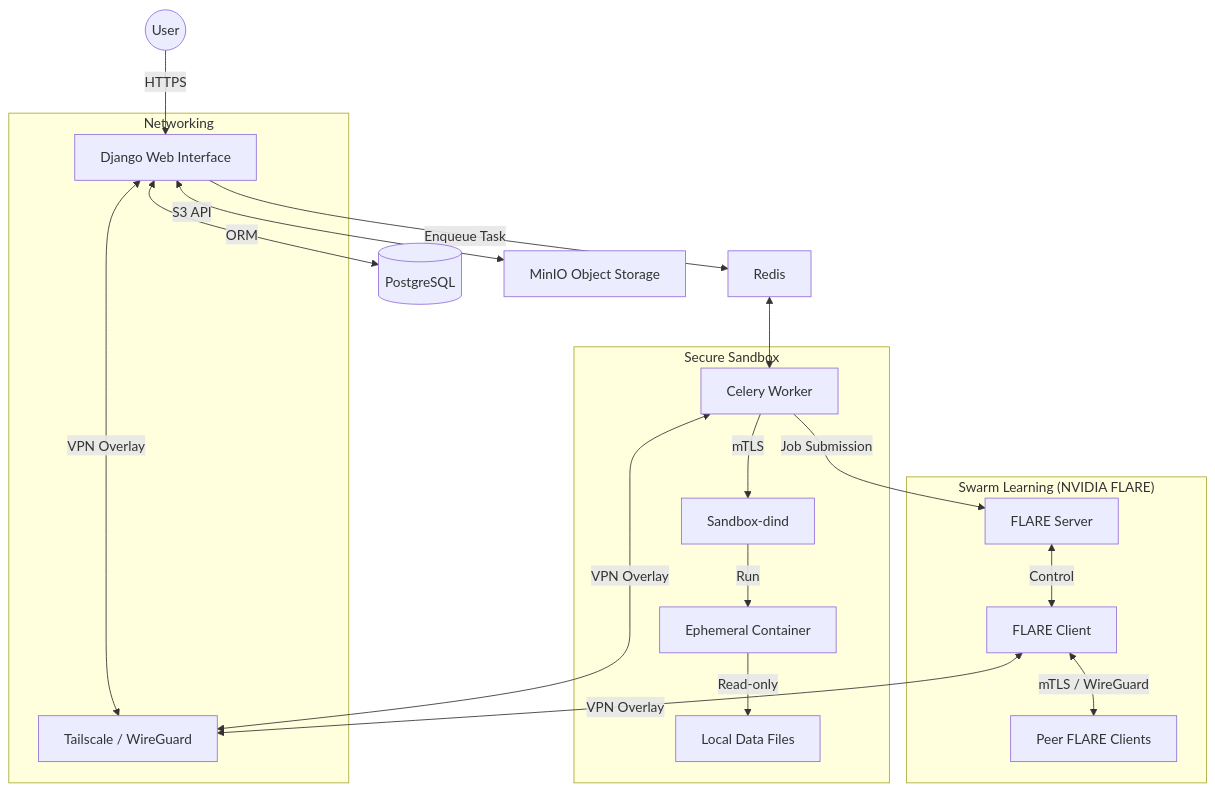
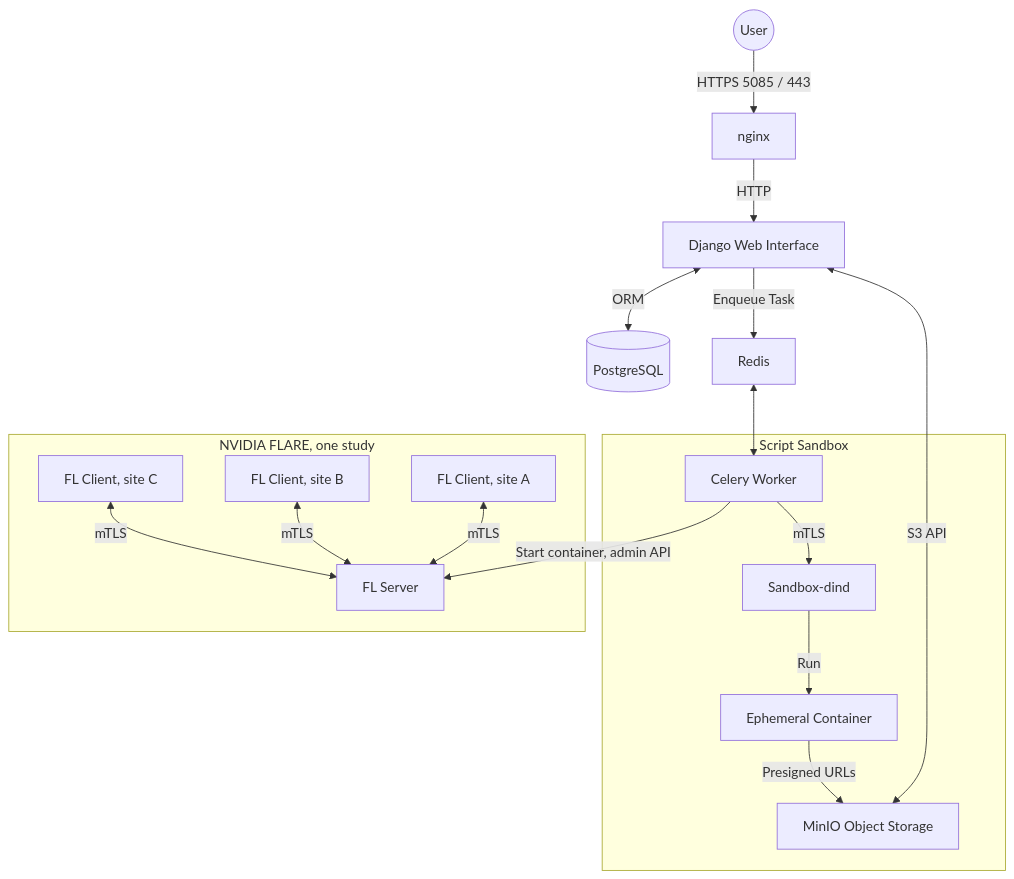
The second of 3 diagrams in docs/background.md (KatherLab/SwarmMed), drawn with Mermaid before and after one commit. The commit also changed other lines of this file and 7 other files, not shown here.

````diff
--- a/docs/background.md
+++ b/docs/background.md
@@ -91,24 +93,22 @@
 ``` mermaid
 graph TD
-    User((User)) -->|HTTPS| Web[Django Web Interface]
+    User((User)) -->|HTTPS 5085 / 443| Nginx[nginx]
+    Nginx -->|HTTP| Web[Django Web Interface]
     Web <-->|ORM| DB[(PostgreSQL)]
     Web <-->|S3 API| Storage[MinIO Object Storage]
     Web -->|Enqueue Task| TaskQueue[Redis]
     TaskQueue <--> Worker[Celery Worker]
-    
-    subgraph "Secure Sandbox"
+
+    subgraph "Script Sandbox"
         Worker -->|mTLS| SandboxDaemon[Sandbox-dind]
         SandboxDaemon -->|Run| SandboxContainer[Ephemeral Container]
-        SandboxContainer -->|Read-only| DataMount[Local Data Files]
+        SandboxContainer -->|Presigned URLs| Storage
     end
-    
-    subgraph "Swarm Learning (NVIDIA FLARE)"
-        Worker -->|Job Submission| FlareServer[FLARE Server]
-        FlareServer <-->|Control| FlareClient[FLARE Client]
-        FlareClient <-->|mTLS / WireGuard| PeerClients[Peer FLARE Clients]
-    end
-    
-    subgraph "Networking"
-        Web & Worker & FlareClient <-->|VPN Overlay| Tailscale[Tailscale / WireGuard]
+
+    subgraph "NVIDIA FLARE, one study"
+        Worker -->|Start container, admin API| FlareServer[FL Server]
+        ClientA[FL Client, site A] <-->|mTLS| FlareServer
+        ClientB[FL Client, site B] <-->|mTLS| FlareServer
+        ClientC[FL Client, site C] <-->|mTLS| FlareServer
     end
 ```
````
